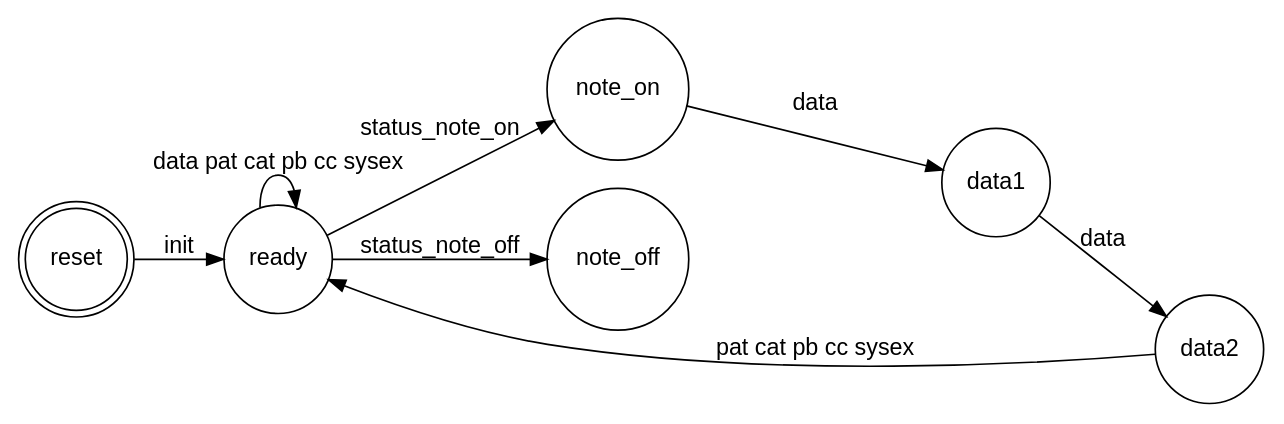
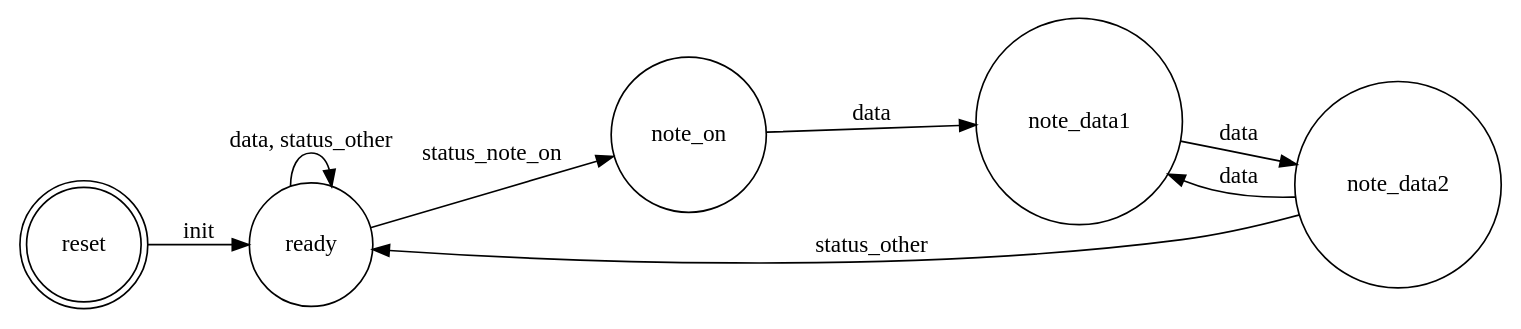
Before and after one commit to marian-muenn/eib-drumcomputer: the diagram in src/midi-interface/sm.dot, drawn with Graphviz. The commit also changed 15 other files, not shown here.

```diff
--- a/src/midi-interface/sm.dot
+++ b/src/midi-interface/sm.dot
@@ -1,15 +1,12 @@
 digraph finite_state_machine {
-	fontname="Helvetica,Arial,sans-serif"
-	node [fontname="Helvetica,Arial,sans-serif"]
-	edge [fontname="Helvetica,Arial,sans-serif"]
 	rankdir=LR;
 	node [shape = doublecircle]; reset;
-	node [shape = circle]; ready note_on note_off data1 data2
+	node [shape = circle]; ready note_on note_data1 note_data2
 	 reset -> ready [label = "init"];
 	 ready -> note_on [label = "status_note_on"];
-	 ready -> ready [label = "data pat cat pb cc sysex"];
-     note_on -> data1 [label = "data"];
-     data1 -> data2 [label= "data"]
-     data2 -> ready [label= "pat cat pb cc sysex"]
-     ready -> note_off [label = "status_note_off"]
+	 ready -> ready [label = "data, status_other"];
+     note_on -> note_data1 [label = "data"];
+     note_data1 -> note_data2 [label= "data"]
+     note_data2 -> ready [label= "status_other"]
+     note_data2 -> note_data1 [label= "data"]
 }
```
